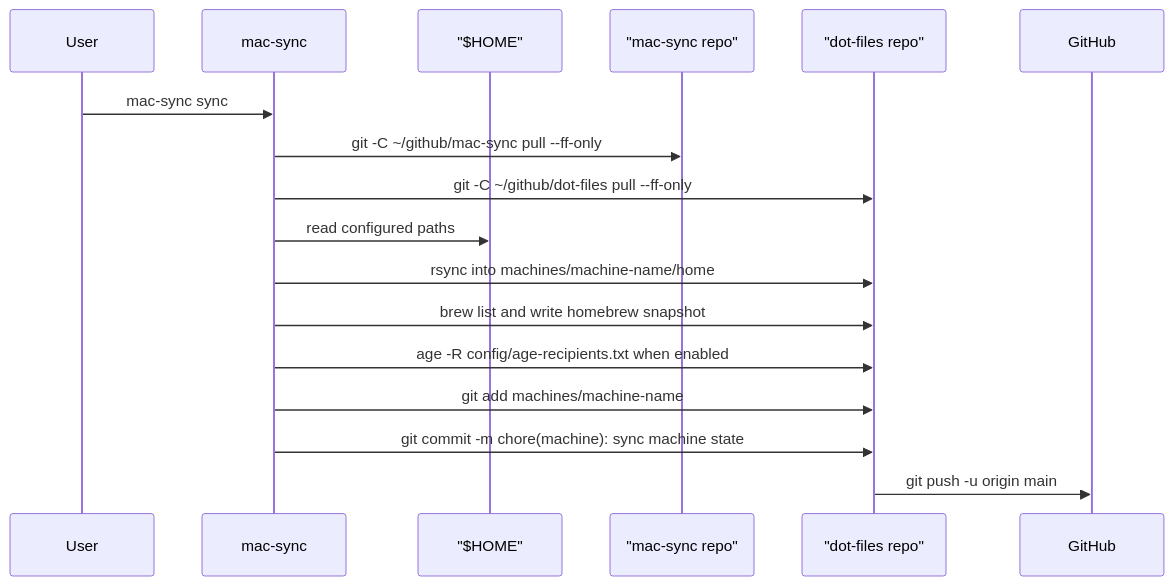
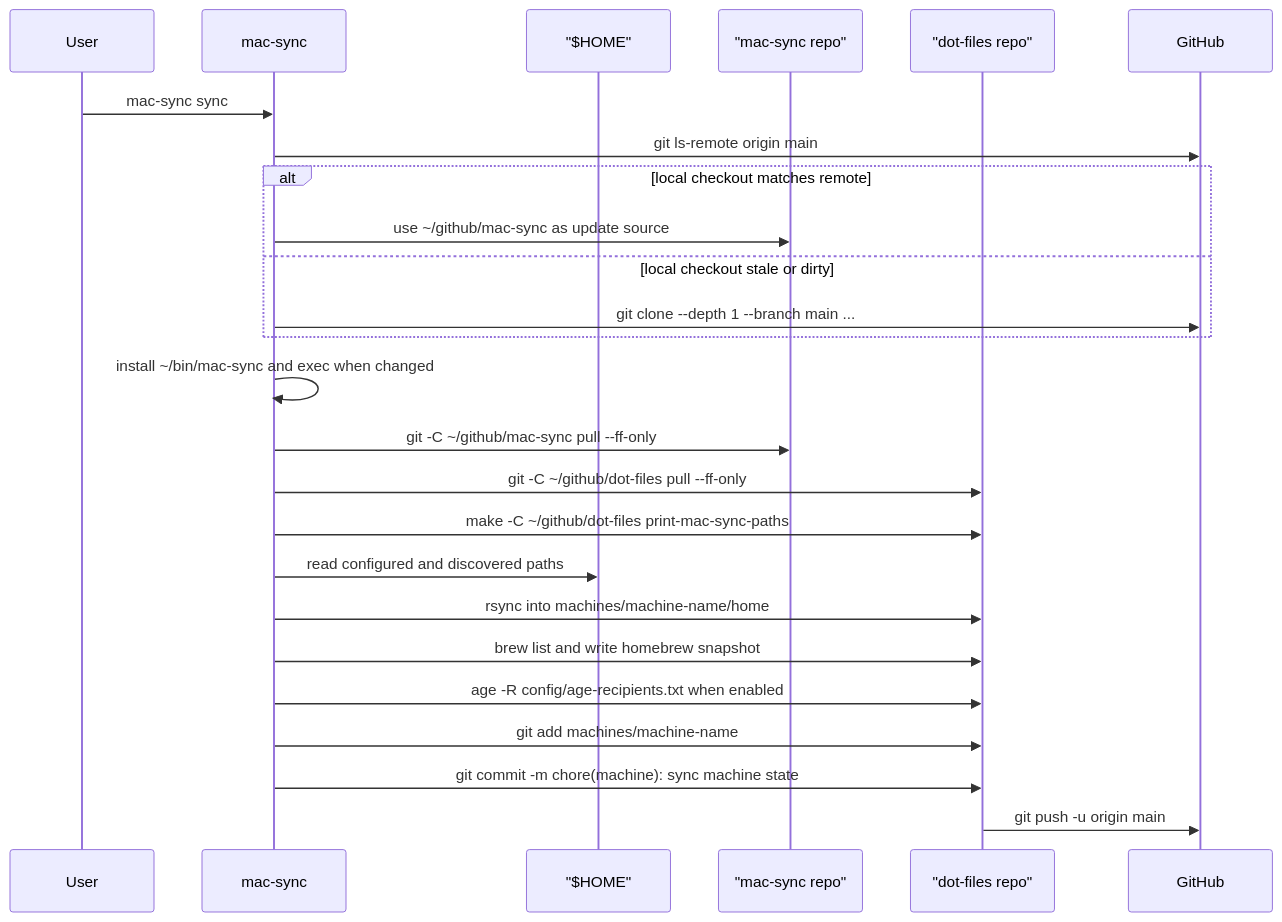
One commit to stephenlclarke/mac-sync changed the second of 4 diagrams in WORKFLOW.md. Above: the diagram before and after it, drawn with Mermaid. The commit also changed other lines of this file and 5 other files, not shown here.

Commit message:
feat: add remote self-update and dot-files manifests

````diff
--- a/WORKFLOW.md
+++ b/WORKFLOW.md
@@ -129,20 +141,28 @@
 ```mermaid
 sequenceDiagram
   participant User
   participant CLI as mac-sync
   participant Home as "$HOME"
   participant Code as "mac-sync repo"
   participant Snap as "dot-files repo"
   participant GitHub
 
   User->>CLI: mac-sync sync
+  CLI->>GitHub: git ls-remote origin main
+  alt local checkout matches remote
+    CLI->>Code: use ~/github/mac-sync as update source
+  else local checkout stale or dirty
+    CLI->>GitHub: git clone --depth 1 --branch main ...
+  end
+  CLI->>CLI: install ~/bin/mac-sync and exec when changed
   CLI->>Code: git -C ~/github/mac-sync pull --ff-only
   CLI->>Snap: git -C ~/github/dot-files pull --ff-only
-  CLI->>Home: read configured paths
+  CLI->>Snap: make -C ~/github/dot-files print-mac-sync-paths
+  CLI->>Home: read configured and discovered paths
   CLI->>Snap: rsync into machines/machine-name/home
   CLI->>Snap: brew list and write homebrew snapshot
   CLI->>Snap: age -R config/age-recipients.txt when enabled
   CLI->>Snap: git add machines/machine-name
   CLI->>Snap: git commit -m chore(machine): sync machine state
   Snap->>GitHub: git push -u origin main
 ```
````
